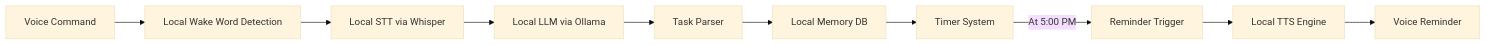
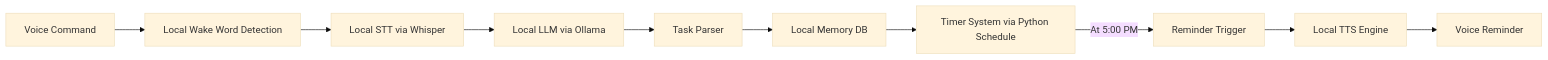
The fifth of 5 diagrams in pages/data-flows.mdx (PSkinnerTech/nucleus), drawn with Mermaid (base theme) before and after one commit. The commit also changed other lines of this file and 8 other files, not shown here.

````diff
--- a/pages/data-flows.mdx
+++ b/pages/data-flows.mdx
@@ -150,12 +150,12 @@
 ```mermaid
 flowchart LR
     A[Voice Command] --> B[Local Wake Word Detection]
     B --> C[Local STT via Whisper]
     C --> D[Local LLM via Ollama]
     D --> E[Task Parser]
     E --> F[Local Memory DB]
-    F --> G[Timer System]
+    F --> G[Timer System via Python Schedule]
     G -->|At 5:00 PM| H[Reminder Trigger]
     H --> I[Local TTS Engine]
     I --> J[Voice Reminder]
 ```
````
